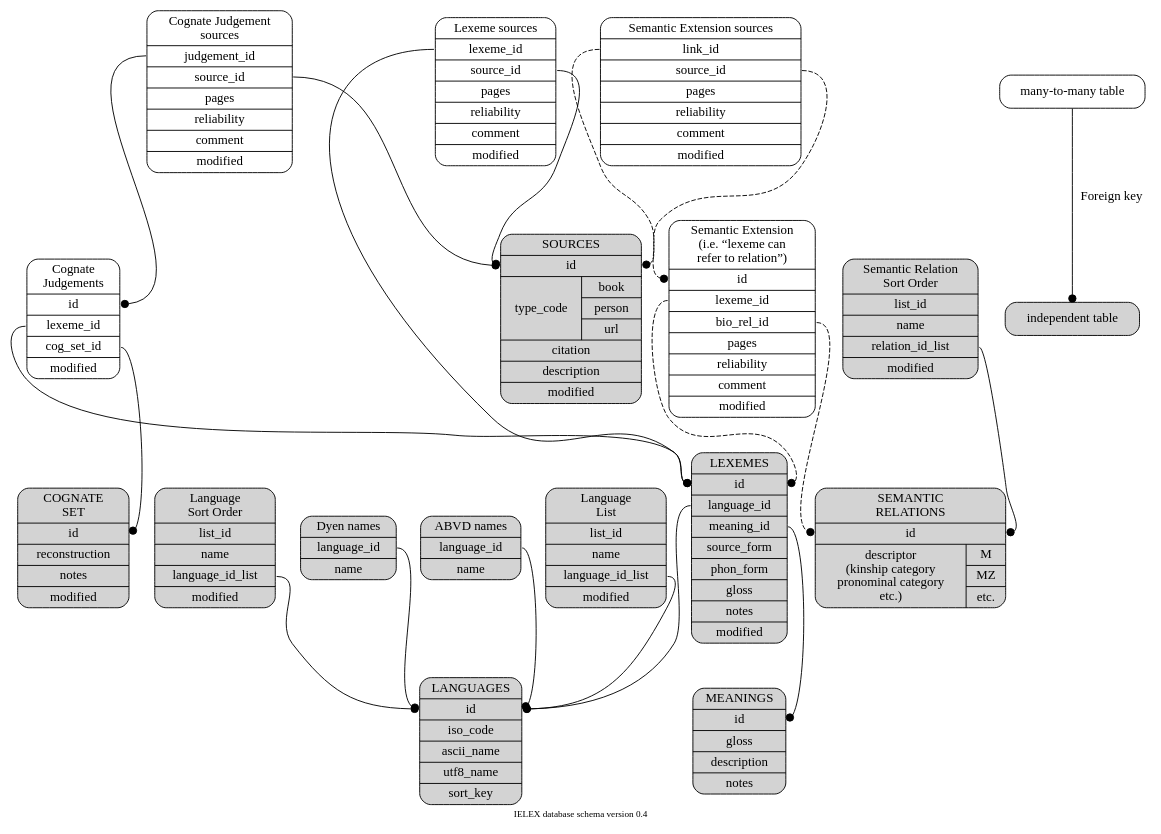
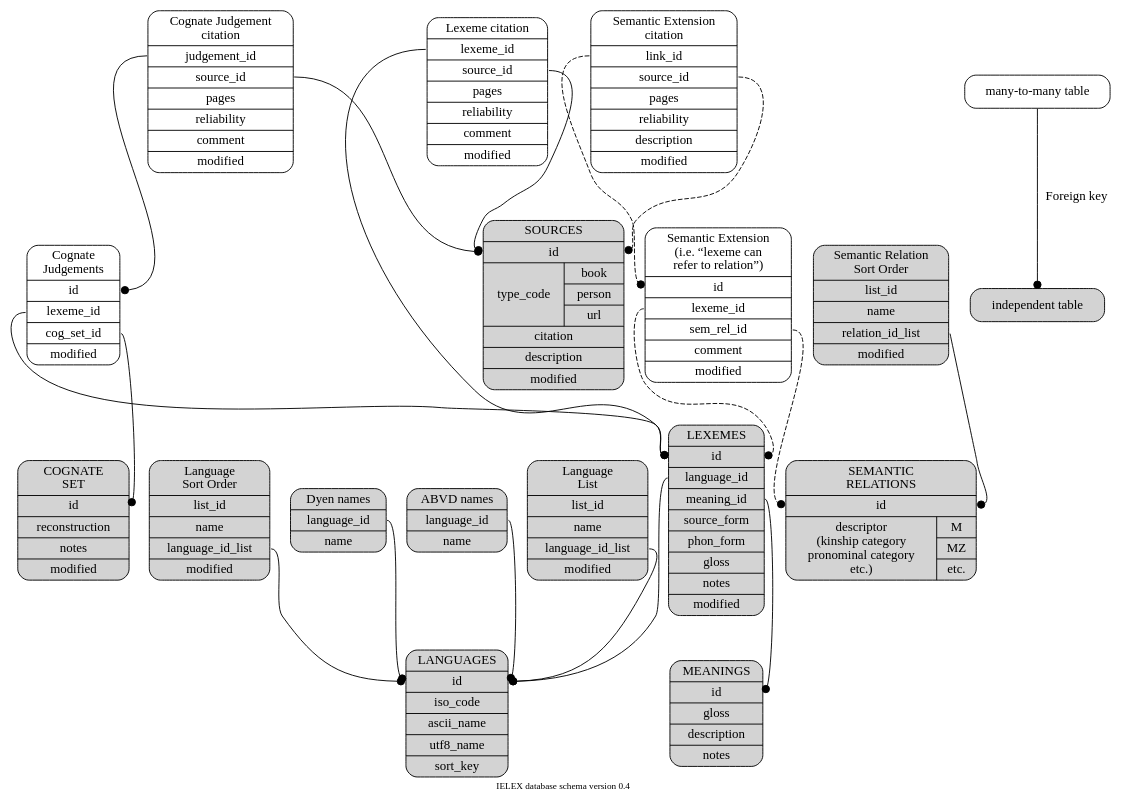
The diagram in dev/database_structure.dot (lingdb/CoBL-public), drawn with Graphviz before and after one commit. The commit also changed 1 other file, not shown here.

```diff
--- a/dev/database_structure.dot
+++ b/dev/database_structure.dot
@@ -1,85 +1,85 @@
 digraph g { // neato -Tpdf -O database_structure.dot
   ordering=out;
   fontsize=10;
   overlap=scale;
   splines=true;
   sep=0.2;
   ratio=0.7;
   label="IELEX database schema version 0.4";
   node [shape=Mrecord];
   edge [arrowhead=dot];
 
   lexeme [pos="2,3!",style=filled,
 	label="{LEXEMES |<id> id |<lid> language_id |<mid> meaning_id | source_form | phon_form | gloss | notes | modified }"];
   source [pos="7,3!",style=filled,
 	label="{SOURCES |<id> id |{type_code |{book | person | url}}|  citation | description | modified }"];
   meaning [pos="1,2!",style=filled,
 	label="{MEANINGS |<id> id | gloss | description |notes }"];
   language [pos="1,4!",style=filled,
 	label="{LANGUAGES |<id> id | iso_code | ascii_name | utf8_name | sort_key }"];
   cogset [pos="4,4!",style=filled,
 	label="{COGNATE\nSET |<id> id | reconstruction | notes | modified }"];
   relation [pos="4,1!",style=filled,
 	label="{SEMANTIC\nRELATIONS | <id> id |{descriptor\n(kinship category\npronominal category\netc.) |{M | MZ | etc.}}}"];
   dyen_name [pos="0,5!",style=filled,
 	label="{Dyen names |<lid> language_id | name}"];
   abvd_name [pos="0,4!",style=filled,
 	label="{ABVD names |<lid> language_id | name}"];
   language_list [pos="0,3!", style=filled,
 	label="{Language\nList | list_id | name |<lid> language_id_list | modified }"];
   sort_order [pos="0,2!", style=filled,
 	label="{Language\nSort Order | list_id | name |<lid> language_id_list | modified }"];
   key1 [pos="0,1!", label="independent table", style=filled];
   key2 [pos="2,1!", label="many-to-many table"];
   key2 -> key1 [label="Foreign key"];
 
   // Many to many tables
   judgement [pos="3,4.5!",
 	label="{Cognate\nJudgements |<id> id |<fid> lexeme_id |<cid> cog_set_id | modified }"];
   formsource [pos="5,3!",
-	label="{Lexeme sources |<fid> lexeme_id |<sid> source_id | pages | reliability | comment | modified }"];
+	label="{Lexeme citation |<fid> lexeme_id |<sid> source_id | pages | reliability | comment | modified }"];
   judgesource [pos="5,5!",
-	label="{Cognate Judgement\nsources |<jid> judgement_id |<sid> source_id | pages | reliability | comment | modified }"];
+	label="{Cognate Judgement\ncitation |<jid> judgement_id |<sid> source_id | pages | reliability | comment | modified }"];
   // cogsource [pos="5,4!",
   //	label="{Reconstruction\n sources |<cid> cog_set_id |<sid> source_id}"];
   semantic_extension [pos="3,2!",
-	label="{Semantic Extension\n(i.e. “lexeme can\n  refer to relation”) |<id> id |<fid> lexeme_id |<bid> bio_rel_id | pages | reliability | comment | modified }"];
+	label="{Semantic Extension\n(i.e. “lexeme can\n  refer to relation”) |<id> id |<fid> lexeme_id |<bid> sem_rel_id |  comment | modified }"];
   extension_source [pos="5,2!",
-	label="{Semantic Extension sources |<lid> link_id |<sid> source_id | pages | reliability | comment | modified }"];
+	label="{Semantic Extension\ncitation |<lid> link_id |<sid> source_id |  pages | reliability | description | modified }"];
   relation_sort_order [pos="5.5,1!", style=filled,
 	label="{Semantic Relation\nSort Order | list_id | name |<rid> relation_id_list | modified }"];
 
   // meaning [pos="1,1!"];	
   // language [pos="1,2!"];
   // lexeme [pos="2,1.5!"];
   // formsource [pos="4,1!"];
   // judgesource [pos="4.5,2.5!"];
   // cogsource [pos="5,1.5!"];
   // source [pos="6,1.5!"];
   // cogset [pos="4,1.5!"];
   // judgement [pos="3,2!"];
   // relation [pos="4,0!"];
   // semantic_extension [pos="3,0.5!"];
 
   judgement:fid -> lexeme:id [weight=8]; 
   judgement:cid -> cogset:id [weight=8];
   formsource:fid -> lexeme:id;
   formsource:sid -> source:id;
   judgesource:jid -> judgement:id;
   judgesource:sid -> source:id;
   // cogsource:cid -> cogset:id;
   // cogsource:sid -> source:id;
   lexeme:lid -> language:id;
   lexeme:mid -> meaning:id;
 
   semantic_extension:fid -> lexeme:id [style=dashed];
   semantic_extension:bid -> relation:id [style=dashed];
   extension_source:lid -> semantic_extension:id [style=dashed];
   extension_source:sid -> source:id [style=dashed];
 
   dyen_name:lid -> language:id;
   abvd_name:lid -> language:id;
   language_list:lid -> language:id;
   sort_order:lid -> language:id;
   relation_sort_order:rid -> relation:id
 }
```
